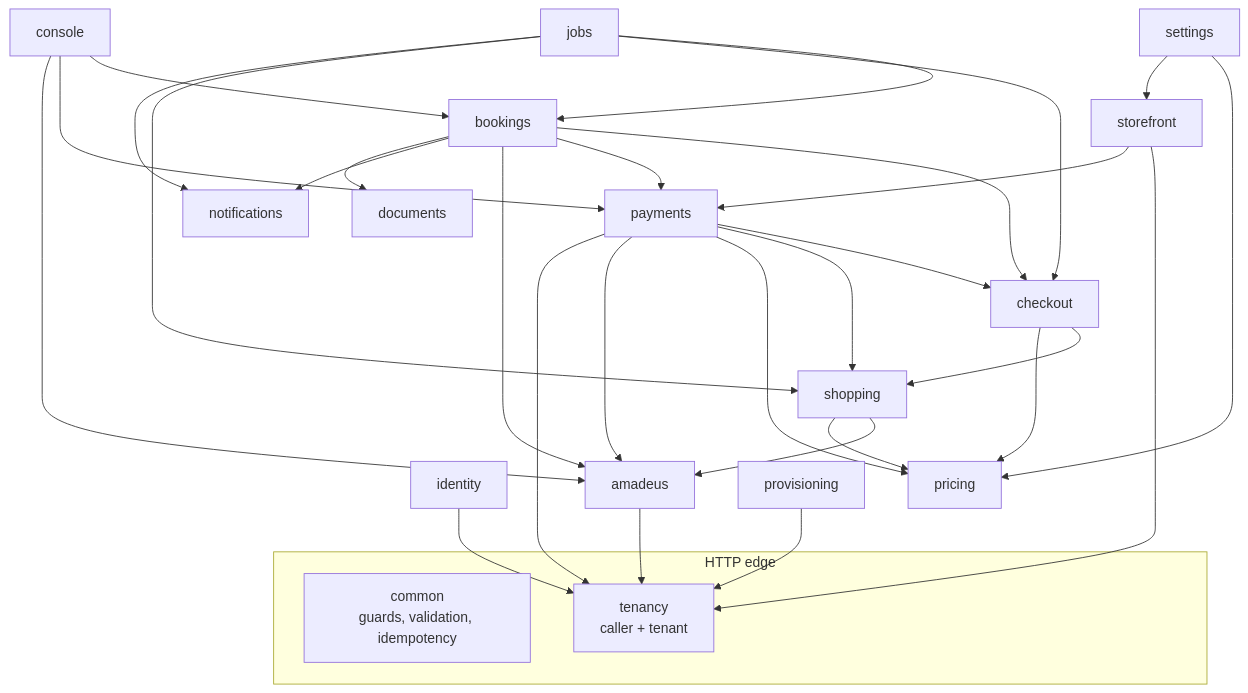
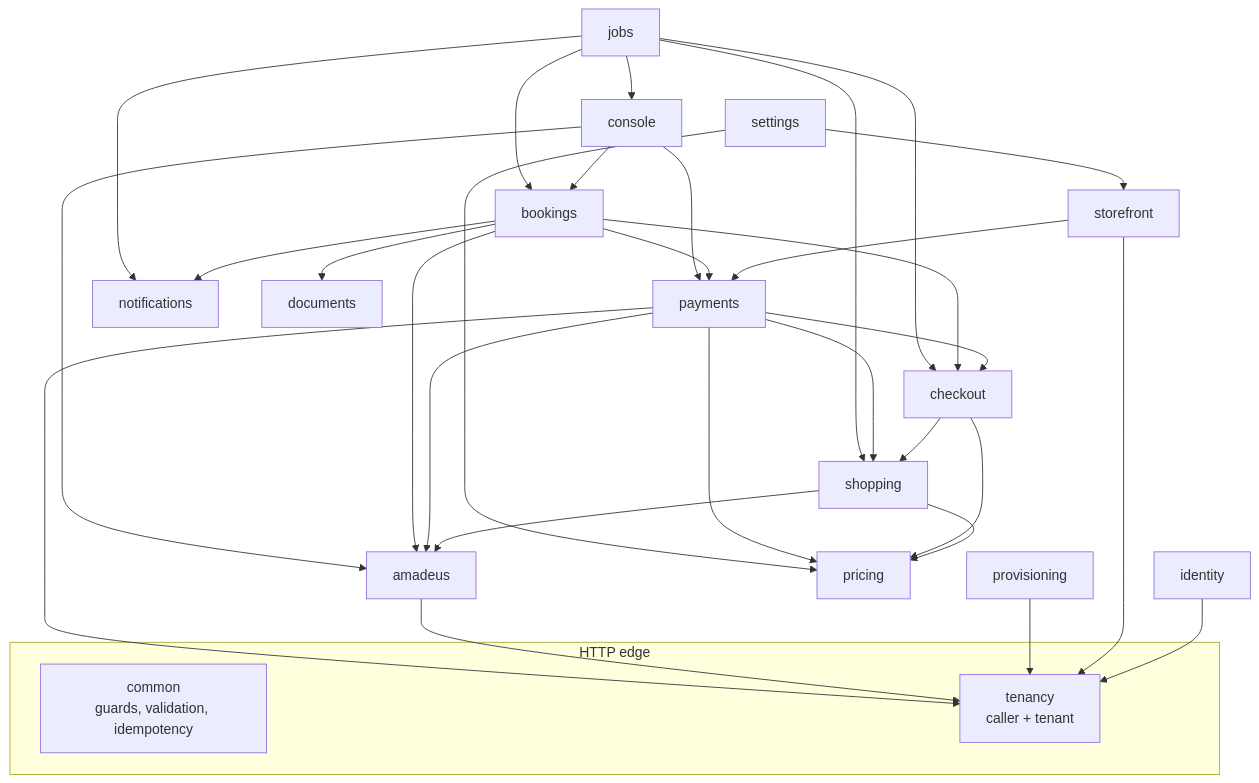
Before and after one commit to bhagwati-prasad/velexis-ota: the diagram in ota/docs/architecture.md, drawn with Mermaid. The commit also changed other lines of this file and 19 other files, not shown here.

````diff
--- a/ota/docs/architecture.md
+++ b/ota/docs/architecture.md
@@ -47,35 +47,36 @@
 ```mermaid
 flowchart TB
   subgraph http["HTTP edge"]
     common["common<br/>guards, validation, idempotency"]
     tenancy["tenancy<br/>caller + tenant"]
   end
   identity --> tenancy
   storefront --> tenancy
   storefront --> payments
   shopping --> amadeus
   shopping --> pricing
   checkout --> shopping
   checkout --> pricing
   payments --> checkout
   payments --> shopping
   payments --> pricing
   payments --> amadeus
   bookings --> checkout
   bookings --> payments
   bookings --> amadeus
   bookings --> notifications
   bookings --> documents
   console --> bookings
   console --> payments
   console --> amadeus
   settings --> pricing
   settings --> storefront
   jobs --> bookings
   jobs --> checkout
   jobs --> shopping
   jobs --> notifications
+  jobs --> console
   provisioning --> tenancy
   amadeus --> tenancy
   payments --> tenancy
 ```
````
